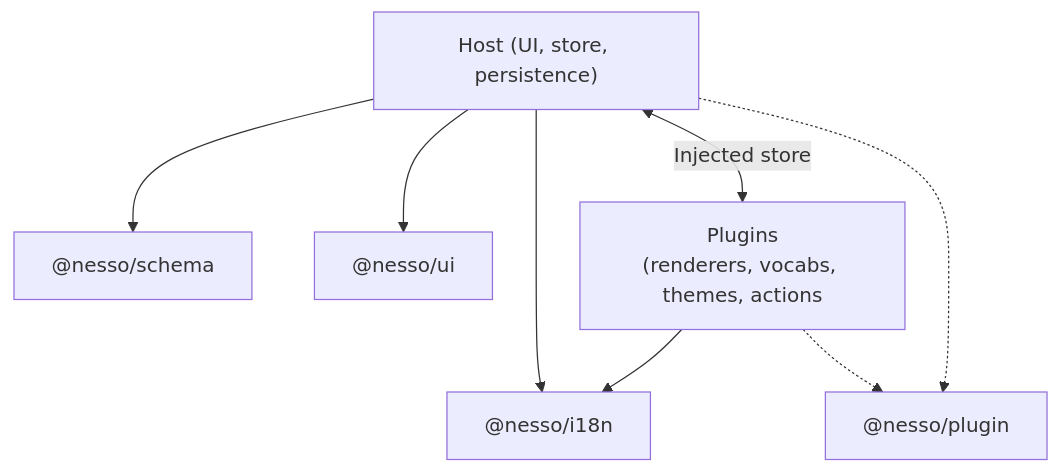
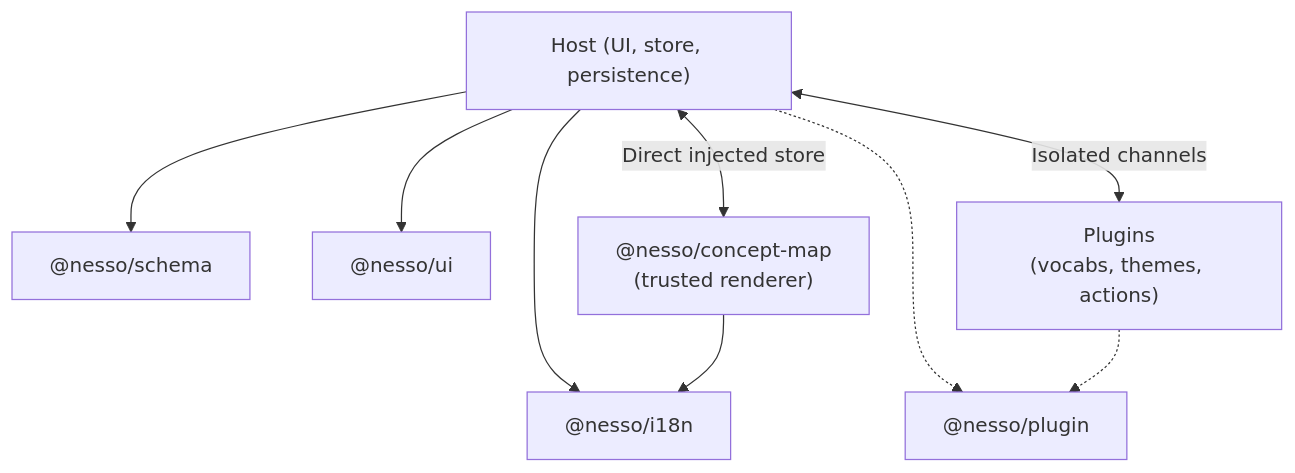
One commit to nesso-how/nesso changed the diagram in README.md. Above: the diagram before and after it, drawn with Mermaid. The commit also changed other lines of this file and 164 other files, not shown here.

````diff
--- a/README.md
+++ b/README.md
@@ -50,11 +50,12 @@
 ```mermaid
 flowchart TD
   Host["Host (UI, store, persistence)"]
   Host --> Schema["@nesso/schema"]
   Host --> UI["@nesso/ui"]
   Host --> I18n["@nesso/i18n"]
-  Host <-->|Injected store| Plugins["Plugins<br/>(renderers, vocabs, themes, actions"]
-  Plugins --> I18n
+  Host <-->|Direct injected store| Renderer["@nesso/concept-map<br/>(trusted renderer)"]
+  Host <-->|Isolated channels| Plugins["Plugins<br/>(vocabs, themes, actions)"]
+  Renderer --> I18n
   Host -.-> Contract["@nesso/plugin"]
   Plugins -.-> Contract
 ```
````
